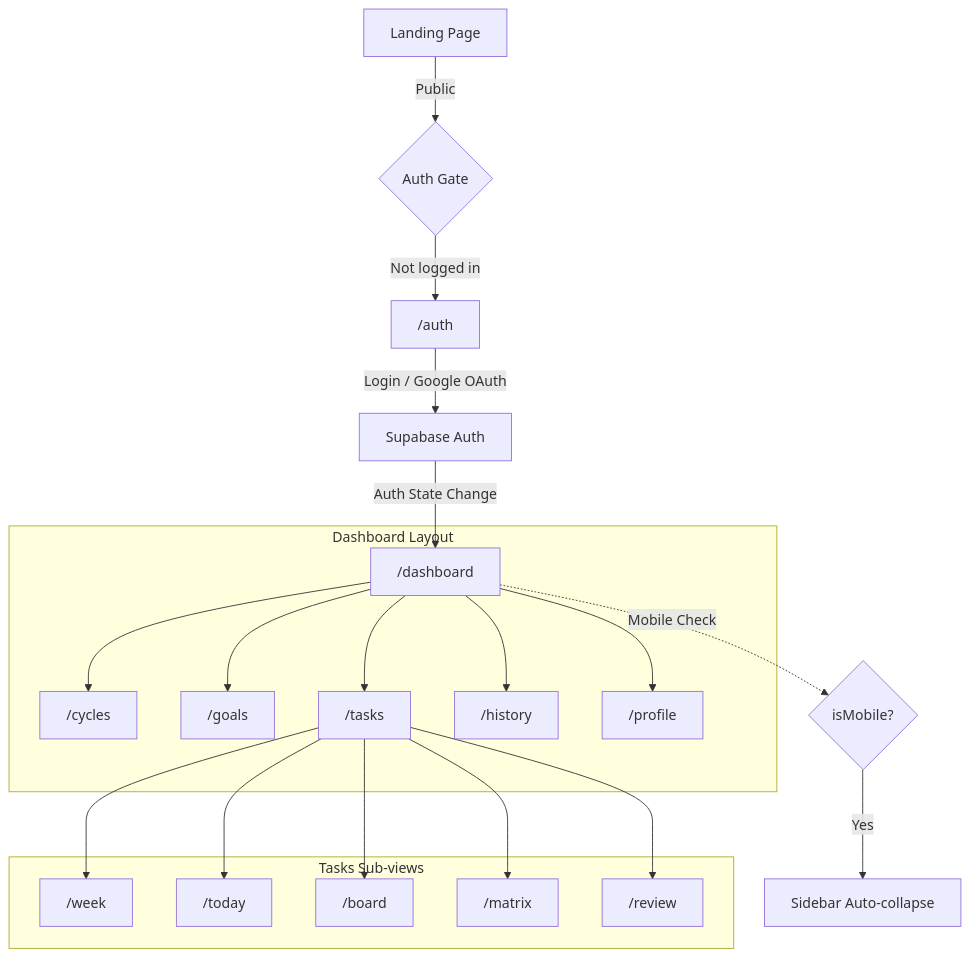
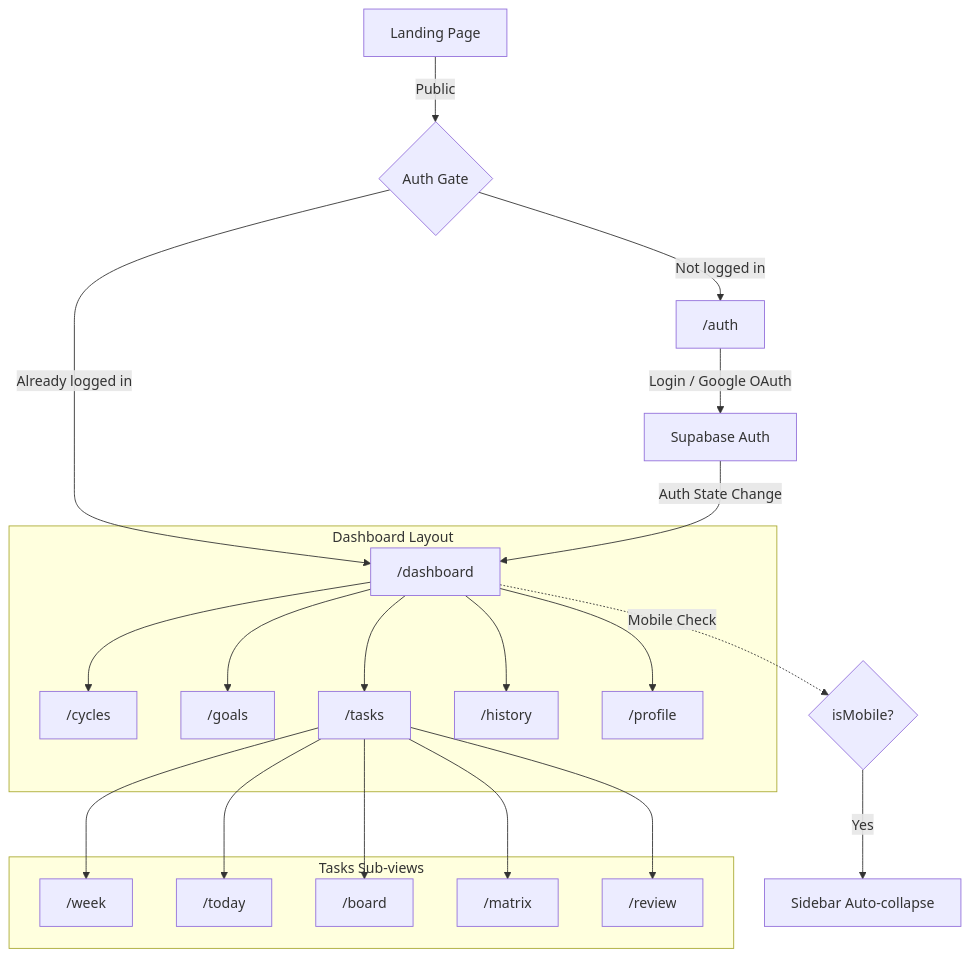
One commit to 1denx/bitbybit changed the first of 3 diagrams in README.md. Above: the diagram before and after it, drawn with Mermaid. The commit also changed other lines of this file and 1 other file, not shown here.

````diff
--- a/README.md
+++ b/README.md
@@ -47,26 +46,27 @@
 ```mermaid
 graph TD
     A[Landing Page] -->|Public| B{Auth Gate}
     B -->|Not logged in| C[ /auth ]
+    B -->|Already logged in| E[ /dashboard ]
     C -->|Login / Google OAuth| D[Supabase Auth]
     D -->|Auth State Change| E[ /dashboard ]
 
     subgraph Protected_Routes [Dashboard Layout]
         E --> F[ /cycles ]
         E --> G[ /goals ]
         E --> H[ /tasks ]
         E --> I[ /history ]
         E --> J[ /profile ]
     end
 
     subgraph Tasks_Tab_Navigation [Tasks Sub-views]
         H --> H1[ /week ]
         H --> H2[ /today ]
         H --> H3[ /board ]
         H --> H4[ /matrix ]
         H --> H5[ /review ]
     end
 
     E -.->|Mobile Check| K{isMobile?}
     K -->|Yes| L[Sidebar Auto-collapse]
 ```
````
